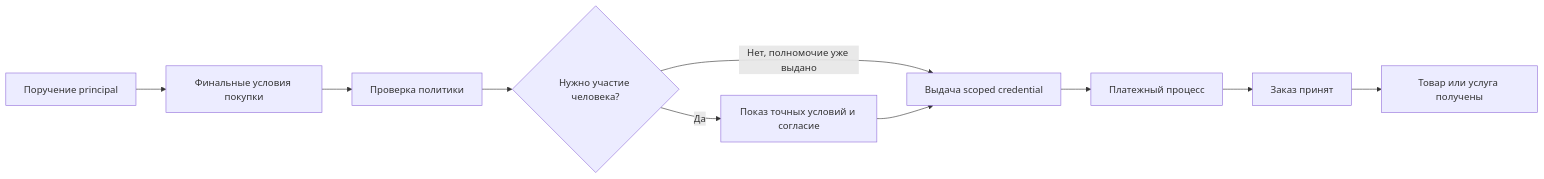
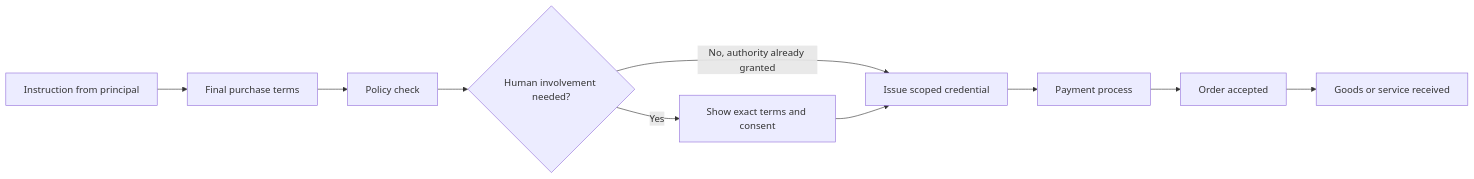
The first of 2 diagrams in Textbook/07-AI-agent-payments/README.md (nuanu-ai/fintech-textbook-2026), drawn with Mermaid before and after one commit. The commit also changed other lines of this file and 78 other files, not shown here.

````diff
--- a/Textbook/07-AI-agent-payments/README.md
+++ b/Textbook/07-AI-agent-payments/README.md
@@ -58,12 +58,12 @@
 ```mermaid
 flowchart LR
-  I[Поручение principal] --> Q[Финальные условия покупки]
-  Q --> P[Проверка политики]
-  P --> H{Нужно участие человека?}
-  H -->|Да| C[Показ точных условий и согласие]
-  H -->|Нет, полномочие уже выдано| K[Выдача scoped credential]
+  I[Instruction from principal] --> Q[Final purchase terms]
+  Q --> P[Policy check]
+  P --> H{Human involvement needed?}
+  H -->|Yes| C[Show exact terms and consent]
+  H -->|No, authority already granted| K[Issue scoped credential]
   C --> K
-  K --> A[Платежный процесс]
-  A --> O[Заказ принят]
-  O --> F[Товар или услуга получены]
+  K --> A[Payment process]
+  A --> O[Order accepted]
+  O --> F[Goods or service received]
 ```
````
